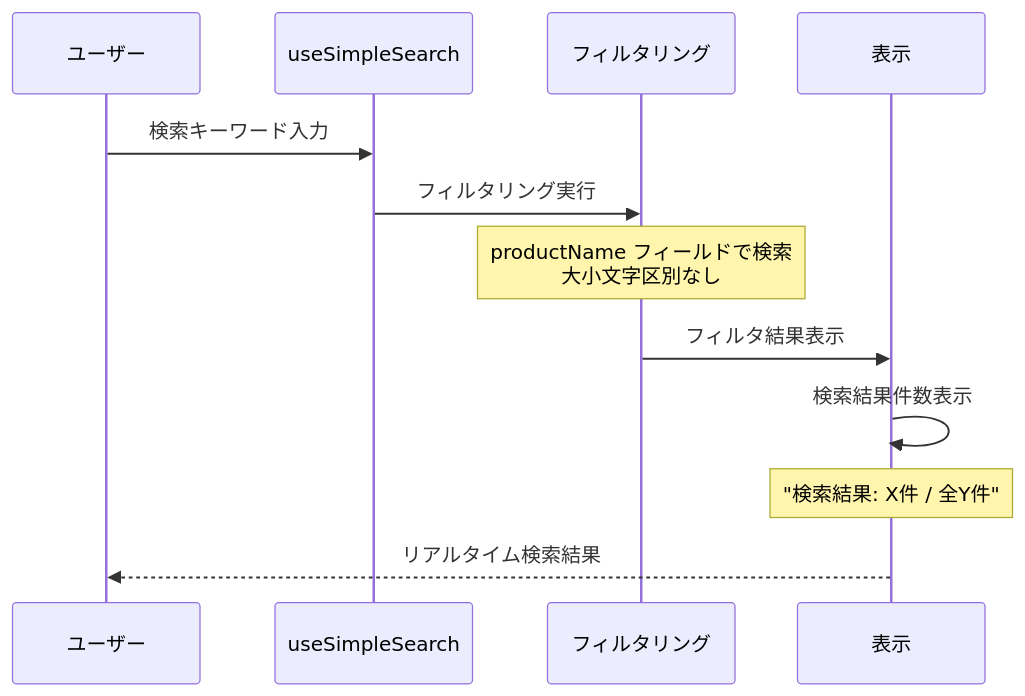
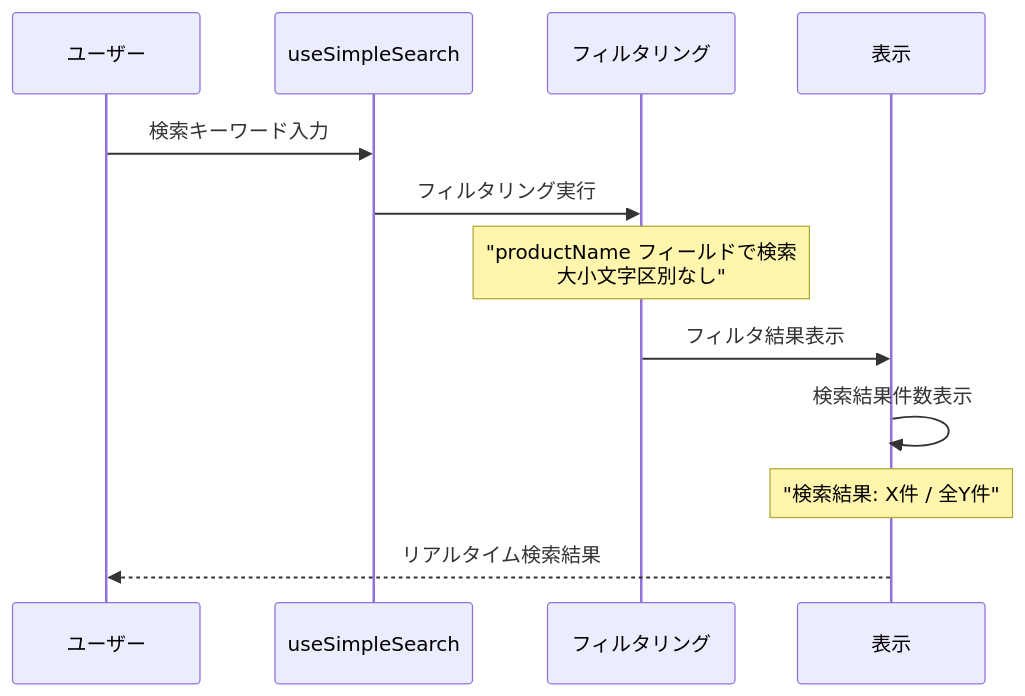
The tenth of 12 diagrams in document/pages/sequence/DeliveryAdd.md (wasabi49/ocs-systemDevelopmentExercises), drawn with Mermaid before and after one commit. The commit also changed other lines of this file and 42 other files, not shown here.

First line of the commit message:
fix: mermaidシーケンス図のNote over文でダブルクォーテーション不足を修正

````diff
--- a/document/pages/sequence/DeliveryAdd.md
+++ b/document/pages/sequence/DeliveryAdd.md
@@ -240,17 +240,17 @@
 ```mermaid
 sequenceDiagram
     participant User as ユーザー
     participant Search as useSimpleSearch
     participant Filter as フィルタリング
     participant Display as 表示
 
     User->>Search: 検索キーワード入力
     Search->>Filter: フィルタリング実行
-    Note over Filter: productName フィールドで検索<br/>大小文字区別なし
+    Note over Filter: "productName フィールドで検索<br/>大小文字区別なし"
     
     Filter->>Display: フィルタ結果表示
     Display->>Display: 検索結果件数表示
     Note over Display: "検索結果: X件 / 全Y件"
     
     Display-->>User: リアルタイム検索結果
 ```
````
